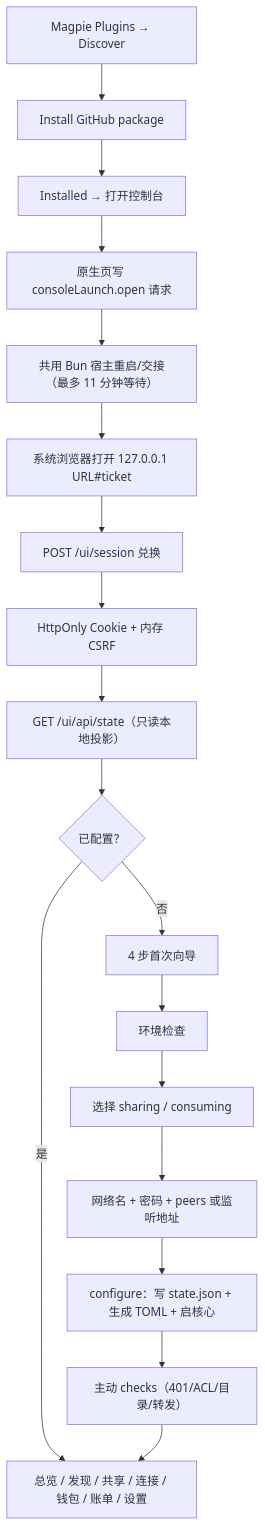
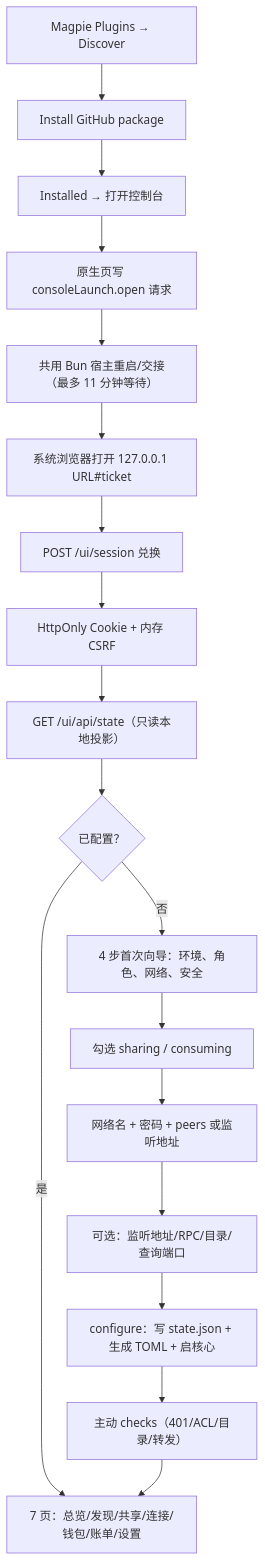
One commit to faithleysath/magpie-oh-my-aihub changed the first of 7 diagrams in docs/phase10/FLOWS.md. Above: the diagram before and after it, drawn with Mermaid. The commit also changed other lines of this file and 2 other files, not shown here.

````diff
--- a/docs/phase10/FLOWS.md
+++ b/docs/phase10/FLOWS.md
@@ -19,20 +25,20 @@
 ```mermaid
 flowchart TD
   S1["Magpie Plugins → Discover"] --> S2["Install GitHub package"]
   S2 --> S3["Installed → 打开控制台"]
   S3 --> S4["原生页写 consoleLaunch.open 请求"]
   S4 --> S5["共用 Bun 宿主重启/交接（最多 11 分钟等待）"]
   S5 --> S6["系统浏览器打开 127.0.0.1 URL#ticket"]
   S6 --> S7["POST /ui/session 兑换"]
   S7 --> S8["HttpOnly Cookie + 内存 CSRF"]
   S8 --> S9["GET /ui/api/state（只读本地投影）"]
   S9 --> S10{"已配置？"}
-  S10 -->|否| W["4 步首次向导"]
-  S10 -->|是| O["总览 / 发现 / 共享 / 连接 / 钱包 / 账单 / 设置"]
-  W --> W1["环境检查"]
-  W1 --> W2["选择 sharing / consuming"]
-  W2 --> W3["网络名 + 密码 + peers 或监听地址"]
+  S10 -->|否| W["4 步首次向导：环境、角色、网络、安全"]
+  S10 -->|是| O["7 页：总览/发现/共享/连接/钱包/账单/设置"]
+  W --> W1["勾选 sharing / consuming"]
+  W1 --> W2["网络名 + 密码 + peers 或监听地址"]
+  W2 --> W3["可选：监听地址/RPC/目录/查询端口"]
   W3 --> W4["configure：写 state.json + 生成 TOML + 启核心"]
   W4 --> W5["主动 checks（401/ACL/目录/转发）"]
   W5 --> O
 ```
````
